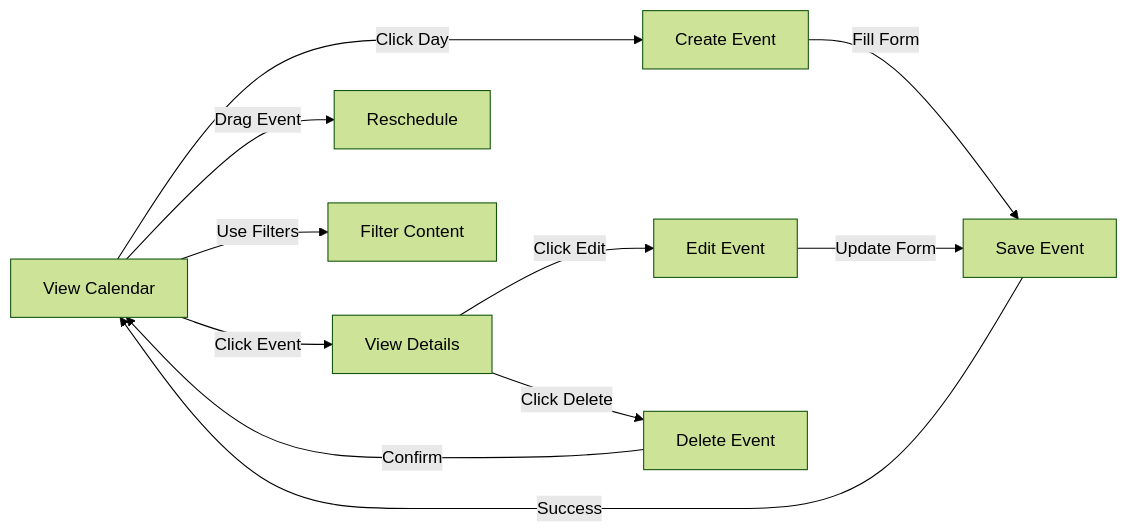
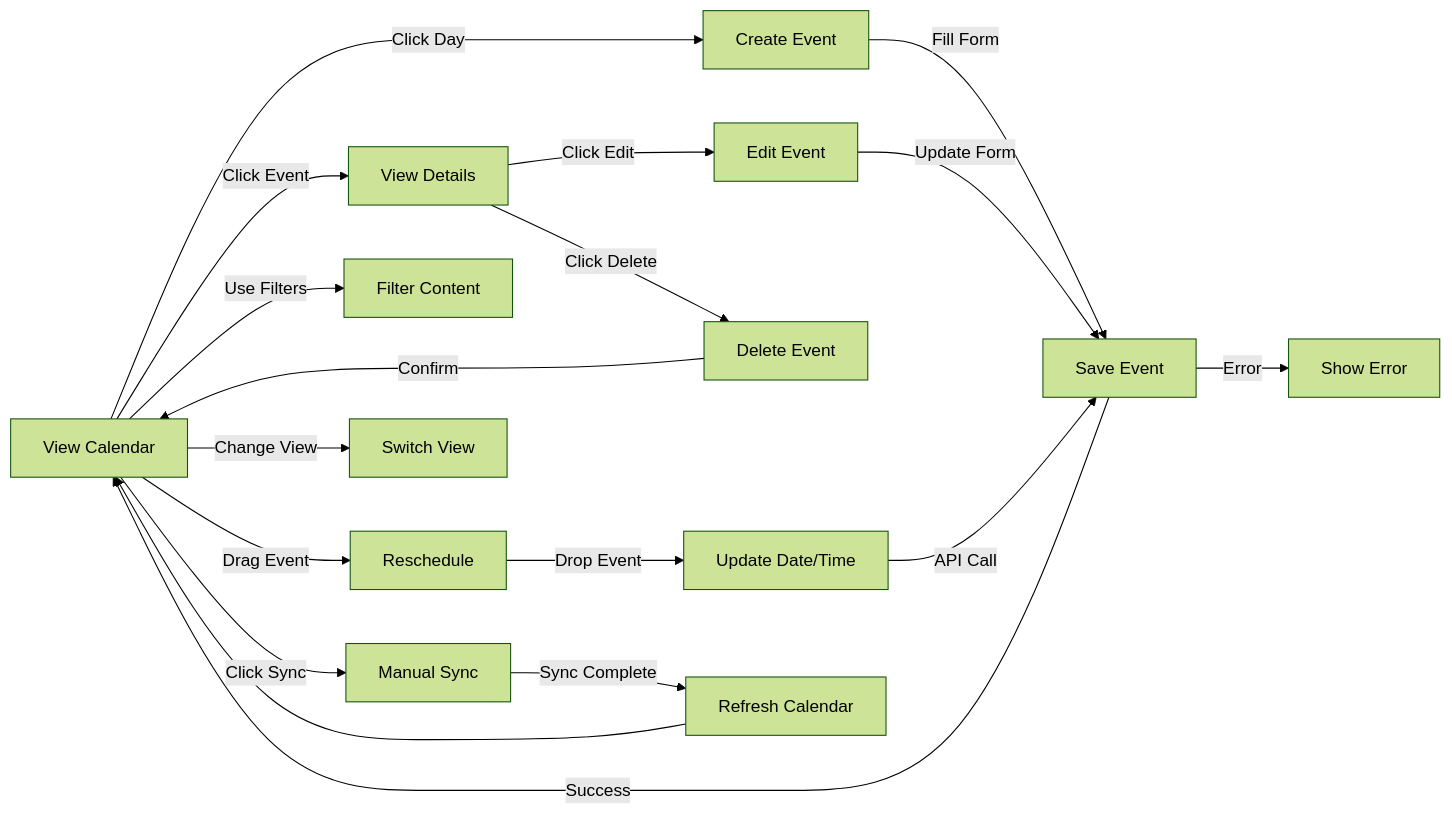
The third of 3 diagrams in DOCS/components/calendar/ContentCalendar.md (gedeza/thrive-send), drawn with Mermaid (forest theme) before and after one commit. The commit also changed other lines of this file, not shown here.

Commit message:
modified:   DOCS/components/calendar/ContentCalendar.md

````diff
--- a/DOCS/components/calendar/ContentCalendar.md
+++ b/DOCS/components/calendar/ContentCalendar.md
@@ -183,16 +233,25 @@
 ```mermaid
 graph LR
     A[View Calendar] -->|Click Day| B[Create Event]
     A -->|Click Event| C[View Details]
     A -->|Drag Event| D[Reschedule]
     A -->|Use Filters| E[Filter Content]
+    A -->|Click Sync| F[Manual Sync]
+    A -->|Change View| G[Switch View]
     
-    B -->|Fill Form| F[Save Event]
-    F -->|Success| A
+    B -->|Fill Form| H[Save Event]
+    H -->|Success| A
+    H -->|Error| I[Show Error]
     
-    C -->|Click Edit| G[Edit Event]
-    C -->|Click Delete| H[Delete Event]
+    C -->|Click Edit| J[Edit Event]
+    C -->|Click Delete| K[Delete Event]
     
-    G -->|Update Form| F
-    H -->|Confirm| A
+    J -->|Update Form| H
+    K -->|Confirm| A
+    
+    D -->|Drop Event| L[Update Date/Time]
+    L -->|API Call| H
+    
+    F -->|Sync Complete| M[Refresh Calendar]
+    M --> A
 ```
````
